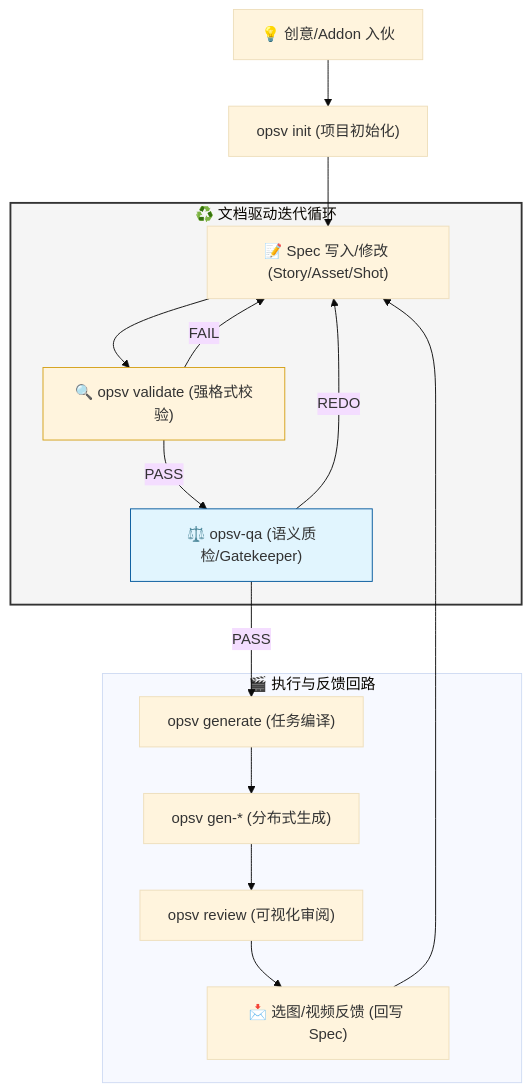
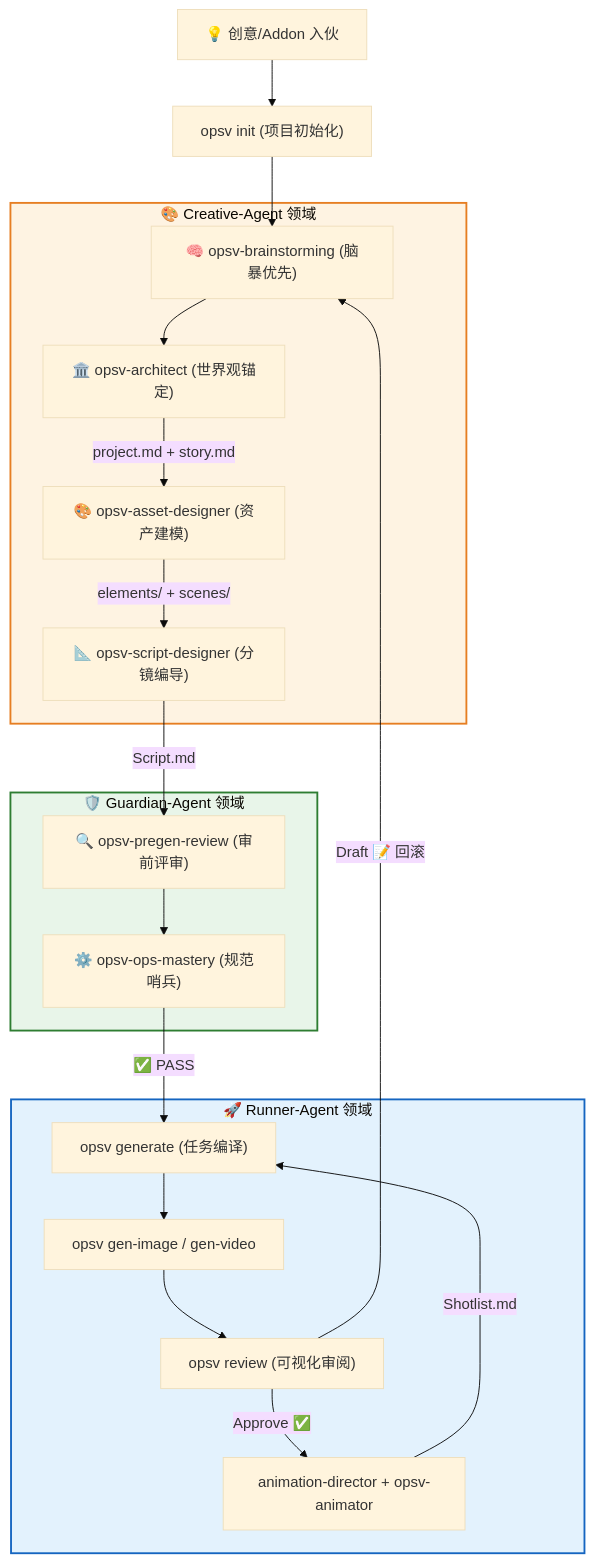
Before and after one commit to mr7thing/openspec-video: the diagram in docs/cn/02-WORKFLOW.md, drawn with Mermaid (base theme). The commit also changed other lines of this file and 18 other files, not shown here.

Commit message:
docs: add comprehensive documentation and templates for project workflow, CLI reference, configuration, and agent skills

````diff
--- a/docs/cn/02-WORKFLOW.md
+++ b/docs/cn/02-WORKFLOW.md
@@ -9,34 +9,44 @@
 ```mermaid
 flowchart TD
     START["💡 创意/Addon 入伙"] --> INIT["opsv init (项目初始化)"]
     
-    subgraph Iteration["♻️ 文档驱动迭代循环"]
-        SPEC_ENTRY["📝 Spec 写入/修改 (Story/Asset/Shot)"]
-        VALIDATE["🔍 opsv validate (强格式校验)"]
-        QA["⚖️ opsv-qa (语义质检/Gatekeeper)"]
+    subgraph Creative["🎨 Creative-Agent 领域"]
+        BRAIN["🧠 opsv-brainstorming (脑暴优先)"]
+        ARCH["🏛️ opsv-architect (世界观锚定)"]
+        ASSET["🎨 opsv-asset-designer (资产建模)"]
+        SCRIPT["📐 opsv-script-designer (分镜编导)"]
         
-        SPEC_ENTRY --> VALIDATE
-        VALIDATE -->|FAIL| SPEC_ENTRY
-        VALIDATE -->|PASS| QA
-        QA -->|REDO| SPEC_ENTRY
+        BRAIN --> ARCH
+        ARCH -->|"project.md + story.md"| ASSET
+        ASSET -->|"elements/ + scenes/"| SCRIPT
     end
 
-    INIT --> SPEC_ENTRY
+    INIT --> BRAIN
     
-    subgraph Execution["🎬 执行与反馈回路"]
-        GEN["opsv generate (任务编译)"]
-        RENDER["opsv gen-* (分布式生成)"]
-        REVIEW["opsv review (可视化审阅)"]
-        FEEDBACK["📩 选图/视频反馈 (回写 Spec)"]
+    subgraph Guardian["🛡️ Guardian-Agent 领域"]
+        PREGEN["🔍 opsv-pregen-review (审前评审)"]
+        OPS["⚙️ opsv-ops-mastery (规范哨兵)"]
+        
+        PREGEN --> OPS
     end
 
-    QA -->|PASS| GEN
+    SCRIPT -->|"Script.md"| PREGEN
+    
+    subgraph Runner["🚀 Runner-Agent 领域"]
+        GEN["opsv generate (任务编译)"]
+        RENDER["opsv gen-image / gen-video"]
+        REVIEW["opsv review (可视化审阅)"]
+        ANIM["animation-director + opsv-animator"]
+    end
+
+    OPS -->|"✅ PASS"| GEN
     GEN --> RENDER
     RENDER --> REVIEW
-    REVIEW --> FEEDBACK
-    FEEDBACK --> SPEC_ENTRY
+    REVIEW -->|"Approve ✅"| ANIM
+    ANIM -->|"Shotlist.md"| GEN
+    REVIEW -->|"Draft 📝 回滚"| BRAIN
 
-    style Iteration fill:#f5f5f5,stroke:#333,stroke-width:2px
-    style VALIDATE fill:#fff4dd,stroke:#d4a017
-    style QA fill:#e1f5fe,stroke:#01579b
+    style Creative fill:#fef3e2,stroke:#e67e22,stroke-width:2px
+    style Guardian fill:#e8f5e9,stroke:#2e7d32,stroke-width:2px
+    style Runner fill:#e3f2fd,stroke:#1565c0,stroke-width:2px
 ```
````
